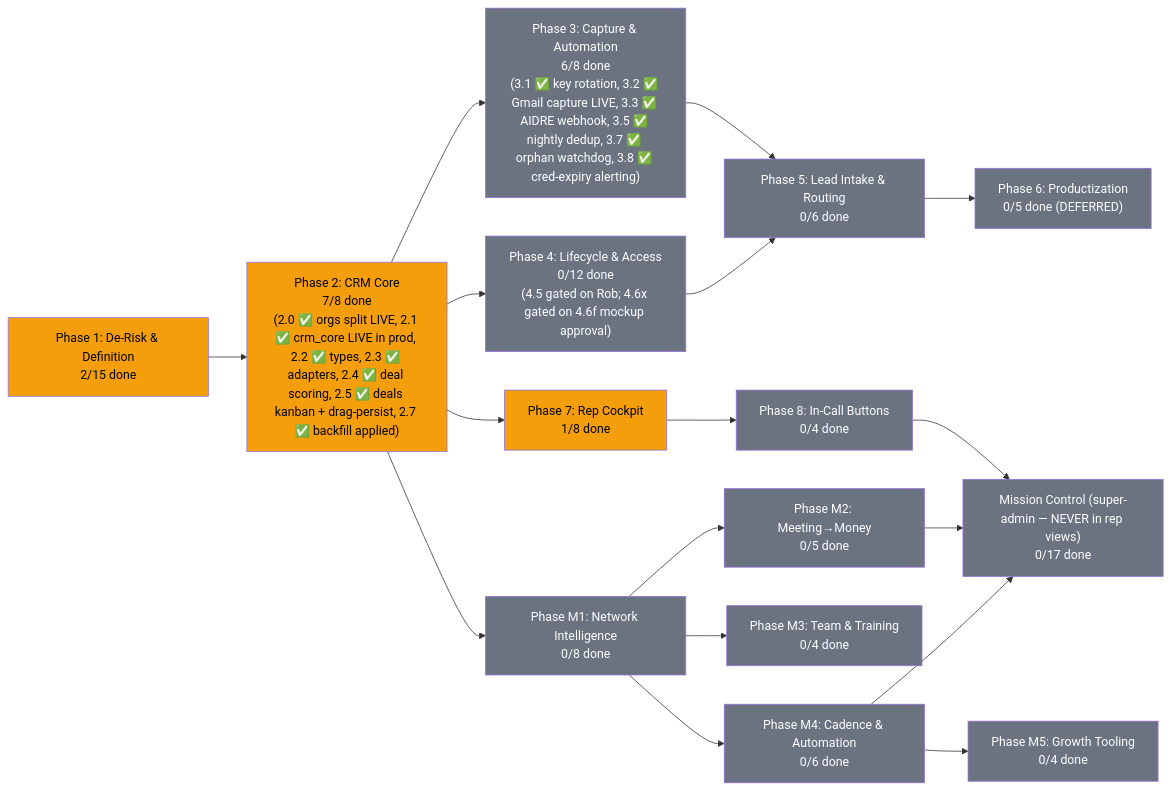
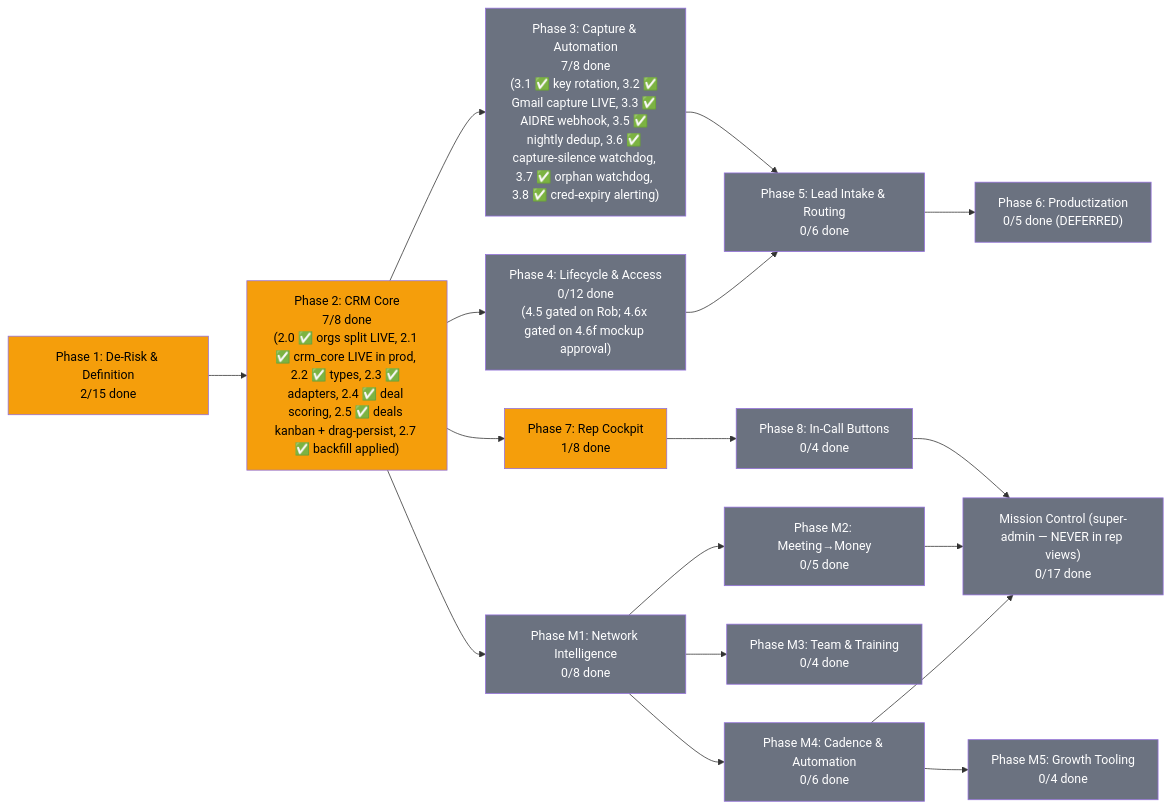
Before and after one commit to blacklabelbob/mle-rob-dashboard: the diagram in docs/plans/PRD-mle-crm.md, drawn with Mermaid. The commit also changed other lines of this file and 2 other files, not shown here.

````diff
--- a/docs/plans/PRD-mle-crm.md
+++ b/docs/plans/PRD-mle-crm.md
@@ -24,34 +24,34 @@
 ```mermaid
 flowchart LR
     P1["Phase 1: De-Risk & Definition<br/>2/15 done"] --> P2["Phase 2: CRM Core<br/>7/8 done<br/>(2.0 ✅ orgs split LIVE, 2.1 ✅ crm_core LIVE in prod, 2.2 ✅ types, 2.3 ✅ adapters, 2.4 ✅ deal scoring, 2.5 ✅ deals kanban + drag-persist, 2.7 ✅ backfill applied)"]
-    P2 --> P3["Phase 3: Capture & Automation<br/>6/8 done<br/>(3.1 ✅ key rotation, 3.2 ✅ Gmail capture LIVE, 3.3 ✅ AIDRE webhook, 3.5 ✅ nightly dedup, 3.7 ✅ orphan watchdog, 3.8 ✅ cred-expiry alerting)"]
+    P2 --> P3["Phase 3: Capture & Automation<br/>7/8 done<br/>(3.1 ✅ key rotation, 3.2 ✅ Gmail capture LIVE, 3.3 ✅ AIDRE webhook, 3.5 ✅ nightly dedup, 3.6 ✅ capture-silence watchdog, 3.7 ✅ orphan watchdog, 3.8 ✅ cred-expiry alerting)"]
     P2 --> P4["Phase 4: Lifecycle & Access<br/>0/12 done<br/>(4.5 gated on Rob; 4.6x gated on 4.6f mockup approval)"]
     P2 --> P7["Phase 7: Rep Cockpit<br/>1/8 done"]
     P7 --> P8["Phase 8: In-Call Buttons<br/>0/4 done"]
     P3 --> P5["Phase 5: Lead Intake & Routing<br/>0/6 done"]
     P4 --> P5
     P5 --> P6["Phase 6: Productization<br/>0/5 done (DEFERRED)"]
     P2 --> M1["Phase M1: Network Intelligence<br/>0/8 done"]
     M1 --> M2["Phase M2: Meeting→Money<br/>0/5 done"]
     M1 --> M3["Phase M3: Team & Training<br/>0/4 done"]
     M1 --> M4["Phase M4: Cadence & Automation<br/>0/6 done"]
     M4 --> M5["Phase M5: Growth Tooling<br/>0/4 done"]
     P8 --> MC["Mission Control (super-admin — NEVER in rep views)<br/>0/17 done"]
     M2 --> MC
     M4 --> MC
 
     style P1 fill:#f59e0b,color:#000
     style P2 fill:#f59e0b,color:#000
     style P3 fill:#6b7280,color:#fff
     style P4 fill:#6b7280,color:#fff
     style P5 fill:#6b7280,color:#fff
     style P6 fill:#6b7280,color:#fff
     style P7 fill:#f59e0b,color:#000
     style P8 fill:#6b7280,color:#fff
     style M1 fill:#6b7280,color:#fff
     style M2 fill:#6b7280,color:#fff
     style M3 fill:#6b7280,color:#fff
     style M4 fill:#6b7280,color:#fff
     style M5 fill:#6b7280,color:#fff
     style MC fill:#6b7280,color:#fff
 ```
````
